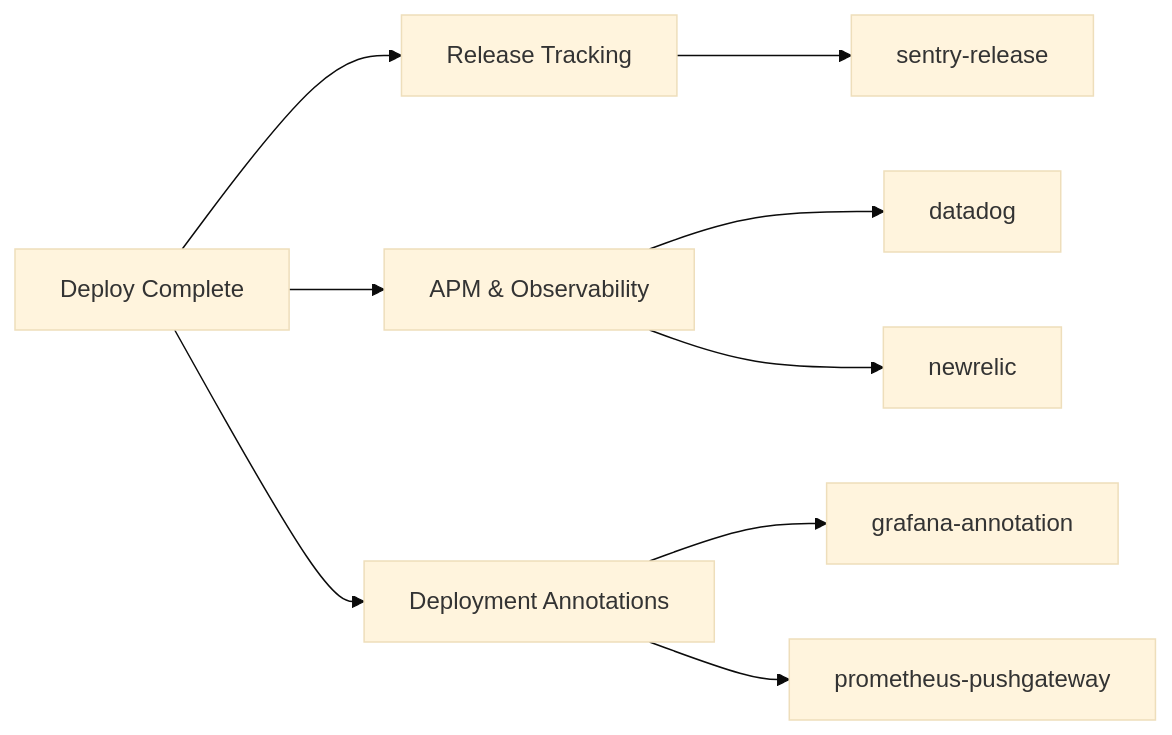
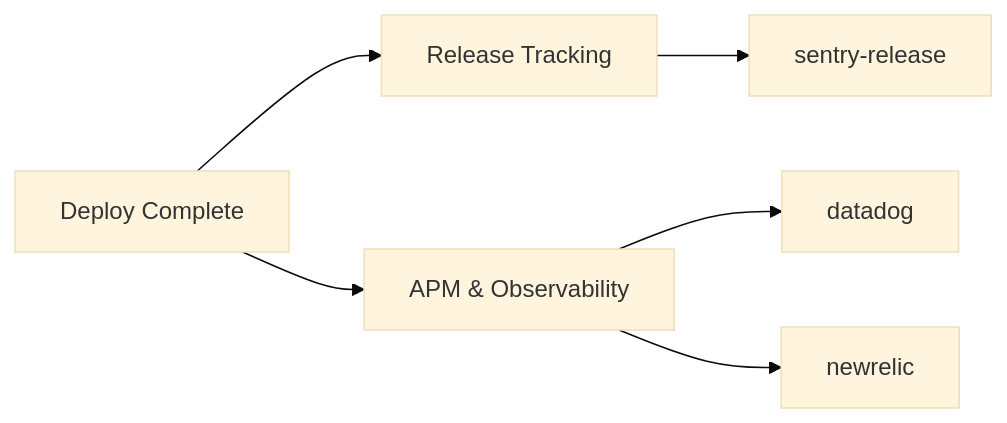
The diagram in docs/plugins/monitoring.md (mwashburn160/pipeline-builder), drawn with Mermaid (base theme) before and after one commit. The commit also changed other lines of this file and 17 other files, not shown here.

````diff
--- a/docs/plugins/monitoring.md
+++ b/docs/plugins/monitoring.md
@@ -5,10 +5,8 @@
 ```mermaid
 flowchart LR
     Deploy[Deploy Complete] --> Track[Release Tracking]
     Deploy --> APM[APM & Observability]
 
     Track --> sentry-release
     APM --> datadog & newrelic
-    Deploy --> Annotations[Deployment Annotations]
-    Annotations --> grafana-annotation & prometheus-pushgateway
 ```
````
